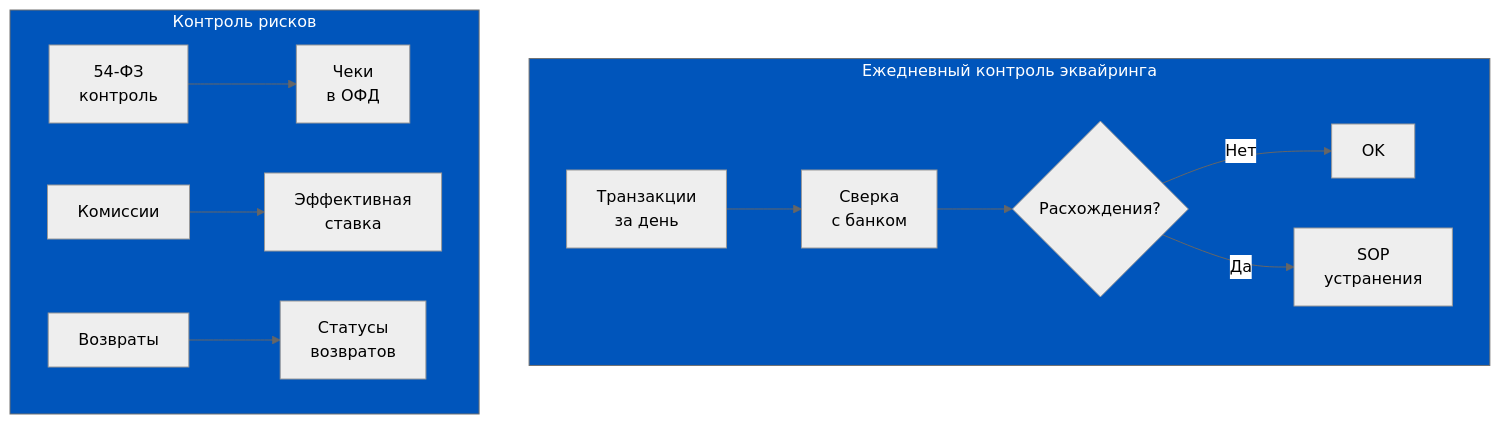
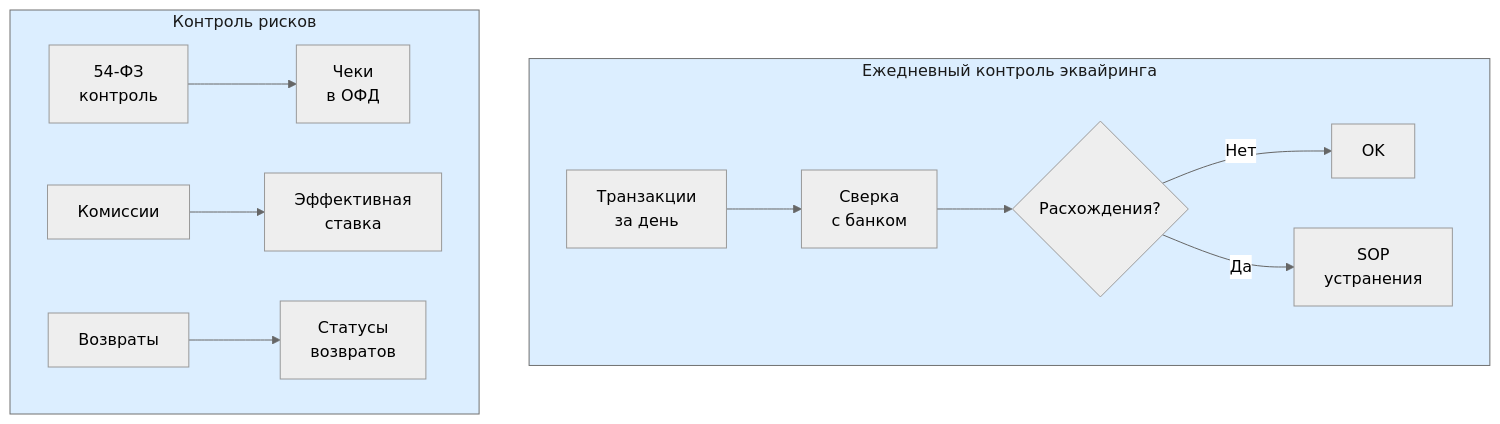
One commit to murad1986/1c-erp-quartz changed the sixth of 7 diagrams in content/1c-erp/week_8/Неделя 8 - День 4 - Эквайринг и чеки.md. Above: the diagram before and after it, drawn with Mermaid (neutral theme). The commit also changed other lines of this file and 57 other files, not shown here.

First line of the commit message:
fix: Mermaid — пастельные цвета в источниках диаграмм (56 файлов)

````diff
--- a/content/1c-erp/week_8/Неделя 8 - День 4 - Эквайринг и чеки.md
+++ b/content/1c-erp/week_8/Неделя 8 - День 4 - Эквайринг и чеки.md
@@ -435,19 +435,19 @@
 ```mermaid
 flowchart TD
     subgraph Мониторинг["Ежедневный контроль эквайринга"]
         direction LR
         M1[Транзакции<br/>за день] --> M2[Сверка<br/>с банком]
         M2 --> M3{Расхождения?}
         M3 -->|Нет| M4[OK]
         M3 -->|Да| M5[SOP<br/>устранения]
     end
     subgraph Риски["Контроль рисков"]
         direction LR
         R1[54-ФЗ<br/>контроль] --> R2[Чеки<br/>в ОФД]
         R3[Комиссии] --> R4[Эффективная<br/>ставка]
         R5[Возвраты] --> R6[Статусы<br/>возвратов]
     end
 
-    style Мониторинг fill:#0055BB,color:#fff
-    style Риски fill:#0055BB,color:#fff
+    style Мониторинг fill:#dceeff,color:#1a1a1a
+    style Риски fill:#dceeff,color:#1a1a1a
 ```
````
